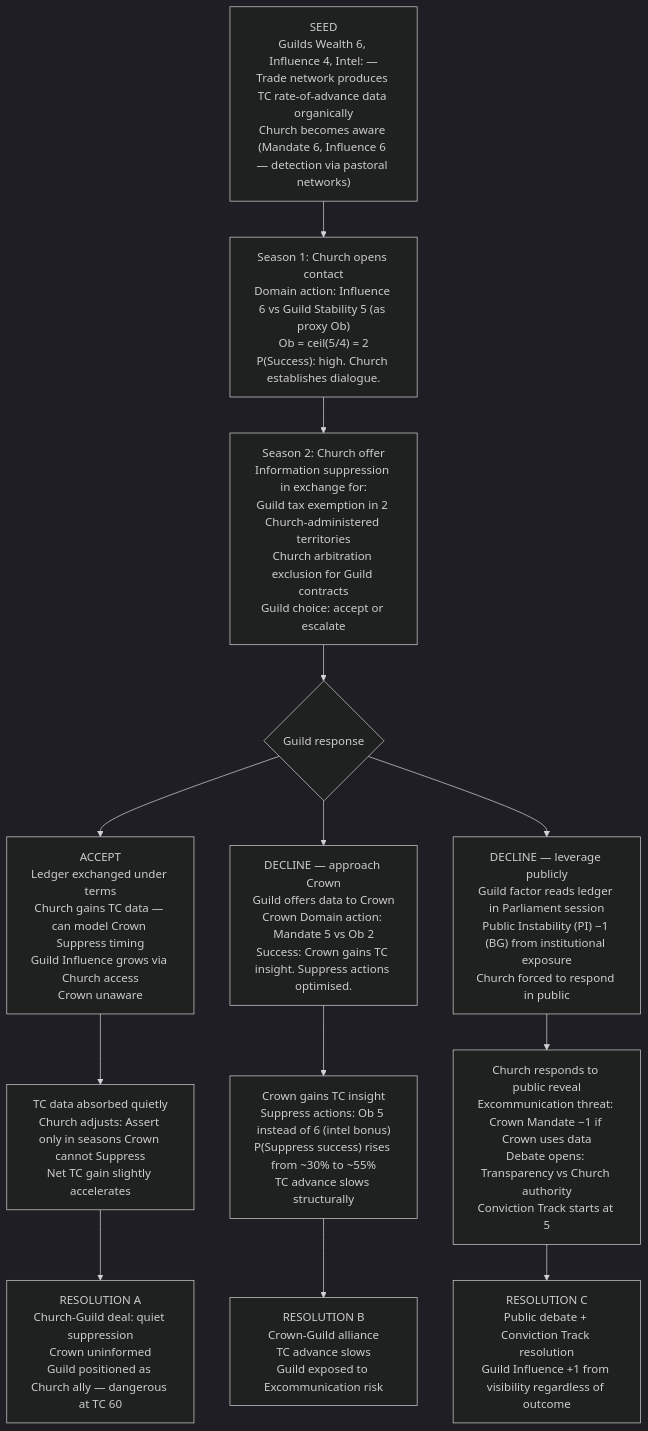
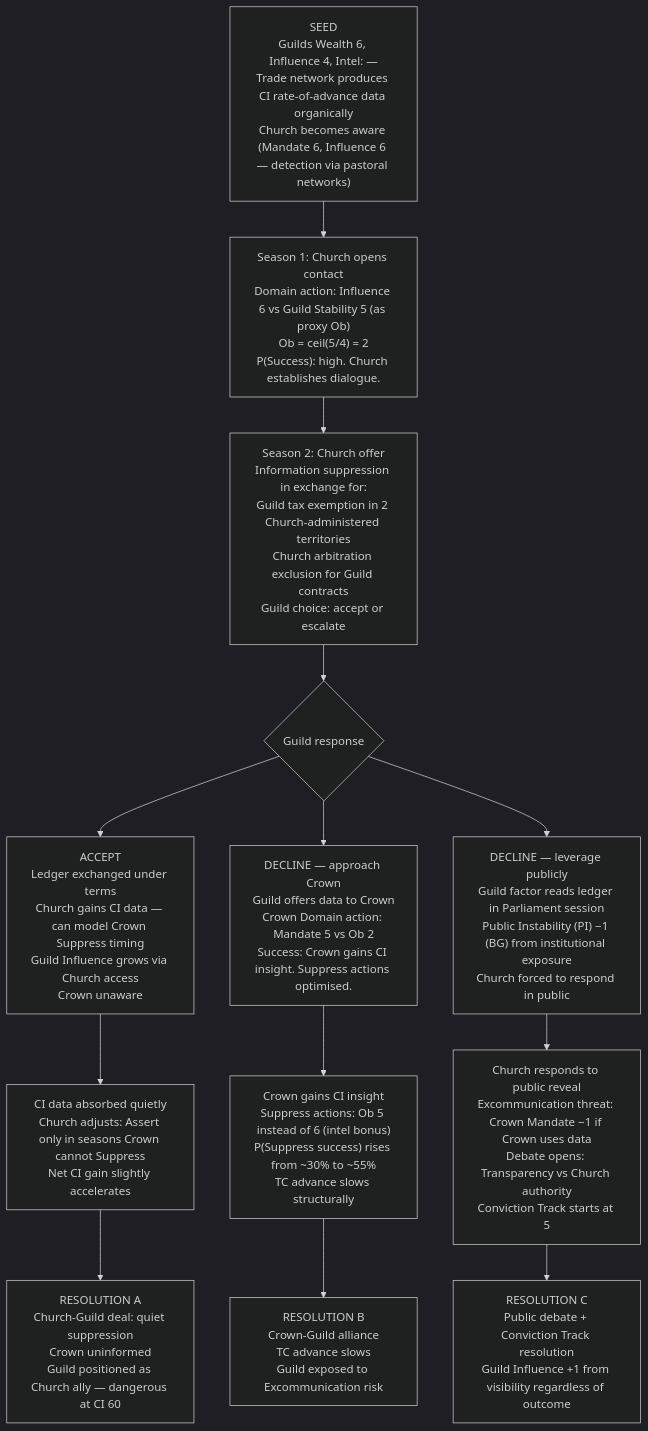
The fourth of 5 diagrams in designs/arcs/gm_ref/arcs_05_09.md (jordanelias/ttrpg), drawn with Mermaid (dark theme) before and after one commit. The commit also changed other lines of this file and 59 other files, not shown here.

````diff
--- a/designs/arcs/gm_ref/arcs_05_09.md
+++ b/designs/arcs/gm_ref/arcs_05_09.md
@@ -181,21 +181,21 @@
 ```mermaid
 flowchart TD
-    A["SEED\nGuilds Wealth 6, Influence 4, Intel: —\nTrade network produces TC rate-of-advance data organically\nChurch becomes aware (Mandate 6, Influence 6 — detection via pastoral networks)"]
+    A["SEED\nGuilds Wealth 6, Influence 4, Intel: —\nTrade network produces CI rate-of-advance data organically\nChurch becomes aware (Mandate 6, Influence 6 — detection via pastoral networks)"]
     B["Season 1: Church opens contact\nDomain action: Influence 6 vs Guild Stability 5 (as proxy Ob)\nOb = ceil(5/4) = 2\nP(Success): high. Church establishes dialogue."]
     C["Season 2: Church offer\nInformation suppression in exchange for:\nGuild tax exemption in 2 Church-administered territories\nChurch arbitration exclusion for Guild contracts\nGuild choice: accept or escalate"]
     D{"Guild response"}
-    E["ACCEPT\nLedger exchanged under terms\nChurch gains TC data — can model Crown Suppress timing\nGuild Influence grows via Church access\nCrown unaware"]
-    F["DECLINE — approach Crown\nGuild offers data to Crown\nCrown Domain action: Mandate 5 vs Ob 2\nSuccess: Crown gains TC insight. Suppress actions optimised."]
+    E["ACCEPT\nLedger exchanged under terms\nChurch gains CI data — can model Crown Suppress timing\nGuild Influence grows via Church access\nCrown unaware"]
+    F["DECLINE — approach Crown\nGuild offers data to Crown\nCrown Domain action: Mandate 5 vs Ob 2\nSuccess: Crown gains CI insight. Suppress actions optimised."]
     G["DECLINE — leverage publicly\nGuild factor reads ledger in Parliament session\nPublic Instability (PI) −1 (BG) from institutional exposure\nChurch forced to respond in public"]
-    H["Crown gains TC insight\nSuppress actions: Ob 5 instead of 6 (intel bonus)\nP(Suppress success) rises from ~30% to ~55%\nTC advance slows structurally"]
+    H["Crown gains CI insight\nSuppress actions: Ob 5 instead of 6 (intel bonus)\nP(Suppress success) rises from ~30% to ~55%\nTC advance slows structurally"]
     I["Church responds to public reveal\nExcommunication threat: Crown Mandate −1 if Crown uses data\nDebate opens: Transparency vs Church authority\nConviction Track starts at 5"]
-    J["TC data absorbed quietly\nChurch adjusts: Assert only in seasons Crown cannot Suppress\nNet TC gain slightly accelerates"]
-    K["RESOLUTION A\nChurch-Guild deal: quiet suppression\nCrown uninformed\nGuild positioned as Church ally — dangerous at TC 60"]
+    J["CI data absorbed quietly\nChurch adjusts: Assert only in seasons Crown cannot Suppress\nNet CI gain slightly accelerates"]
+    K["RESOLUTION A\nChurch-Guild deal: quiet suppression\nCrown uninformed\nGuild positioned as Church ally — dangerous at CI 60"]
     L["RESOLUTION B\nCrown-Guild alliance\nTC advance slows\nGuild exposed to Excommunication risk"]
     M["RESOLUTION C\nPublic debate + Conviction Track resolution\nGuild Influence +1 from visibility regardless of outcome"]
 
     A --> B --> C --> D
     D --> E --> J --> K
     D --> F --> H --> L
     D --> G --> I --> M
 ```
````
